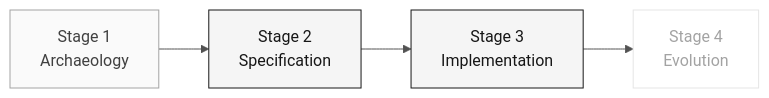
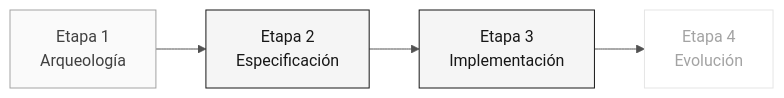
Before and after one commit to paulasilvatech/datacorp-sifap-team-kit-pt-br: the diagram in 05-personas/04-software-architect/PERSONA.md, drawn with Mermaid. The commit also changed other lines of this file and 386 other files, not shown here.

````diff
--- a/05-personas/04-software-architect/PERSONA.md
+++ b/05-personas/04-software-architect/PERSONA.md
@@ -34,11 +34,11 @@
 ```mermaid
 %%{init: {'theme':'neutral','themeVariables':{'fontFamily':'ui-sans-serif, system-ui, sans-serif','primaryColor':'#F5F5F5','primaryTextColor':'#171717','primaryBorderColor':'#171717','lineColor':'#525252','secondaryColor':'#FFFFFF','tertiaryColor':'#FAFAFA','background':'#FFFFFF'}}}%%
 flowchart LR
     classDef active fill:#F5F5F5,stroke:#171717,color:#171717
     classDef support fill:#FAFAFA,stroke:#A3A3A3,color:#404040
     classDef inactive fill:#FFFFFF,stroke:#E5E5E5,color:#A3A3A3
 
-    E1["Stage 1<br/>Archaeology"]:::support --> E2["Stage 2<br/>Specification"]:::active
-    E2 --> E3["Stage 3<br/>Implementation"]:::active
-    E3 --> E4["Stage 4<br/>Evolution"]:::inactive
+    E1["Etapa 1<br/>Arqueología"]:::support --> E2["Etapa 2<br/>Especificación"]:::active
+    E2 --> E3["Etapa 3<br/>Implementación"]:::active
+    E3 --> E4["Etapa 4<br/>Evolución"]:::inactive
 ```
````
